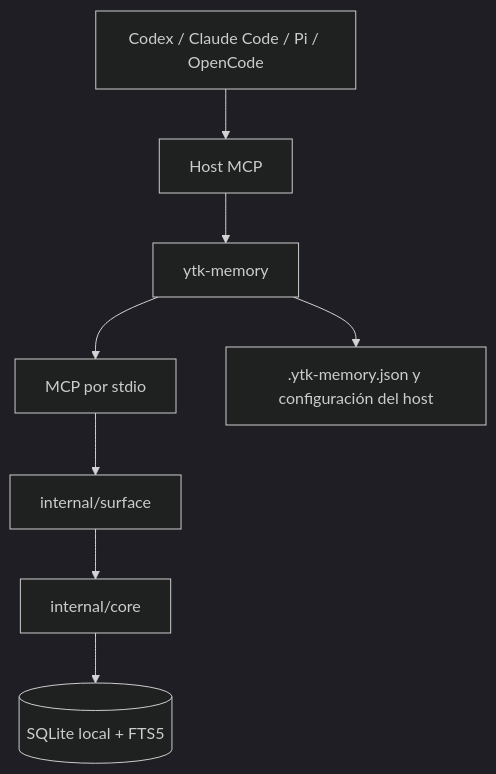
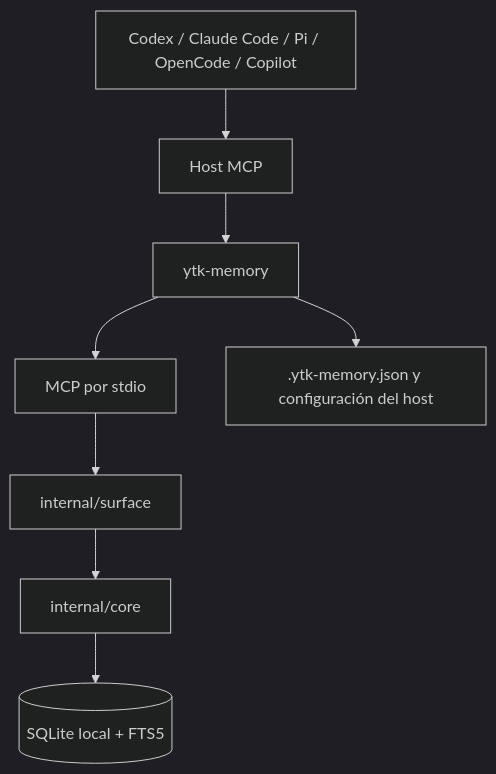
The diagram in docs/technical-architecture.md (lucasjaviluna/your-team-knowledge), drawn with Mermaid (dark theme) before and after one commit. The commit also changed other lines of this file and 13 other files, not shown here.

````diff
--- a/docs/technical-architecture.md
+++ b/docs/technical-architecture.md
@@ -23,13 +23,13 @@
 ```mermaid
 flowchart TD
-  Agent[Codex / Claude Code / Pi / OpenCode]
+  Agent[Codex / Claude Code / Pi / OpenCode / Copilot]
   Host[Host MCP]
   Bin[ytk-memory]
   MCP[MCP por stdio]
   Surface[internal/surface]
   Core[internal/core]
   DB[(SQLite local + FTS5)]
   Cfg[.ytk-memory.json y configuración del host]
   Agent --> Host --> Bin --> MCP --> Surface --> Core --> DB
   Bin --> Cfg
 ```
````
